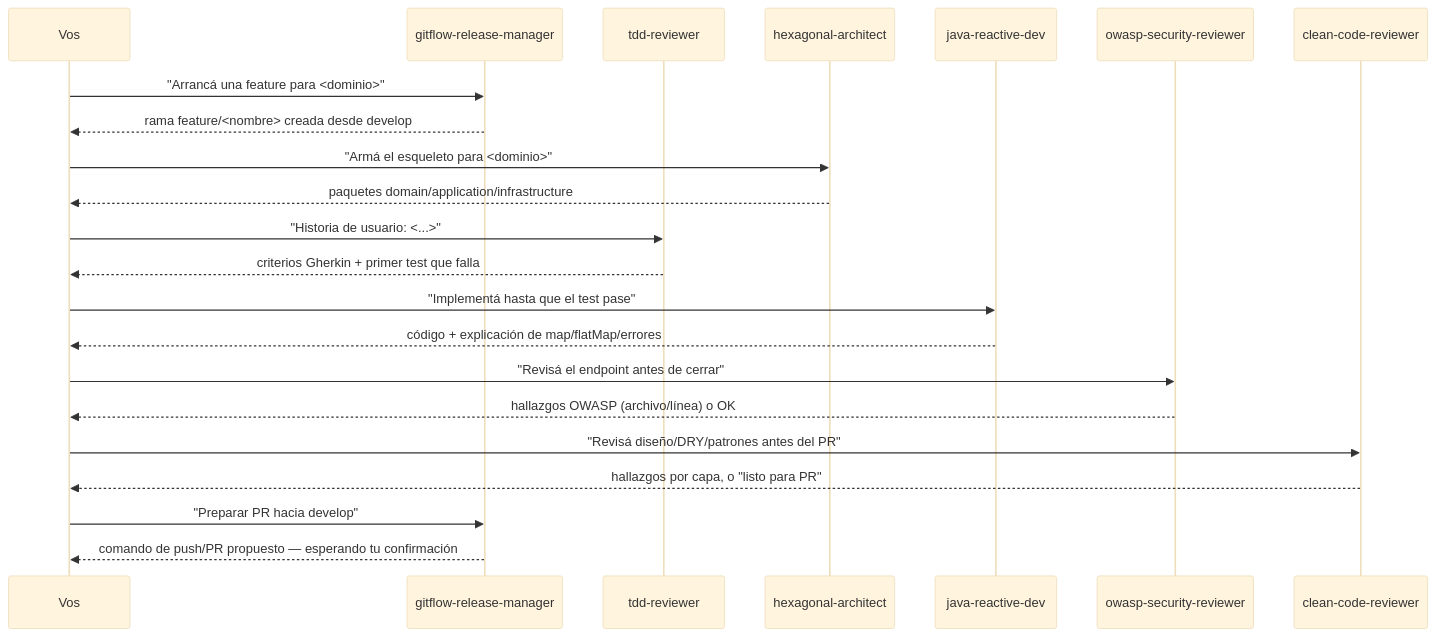
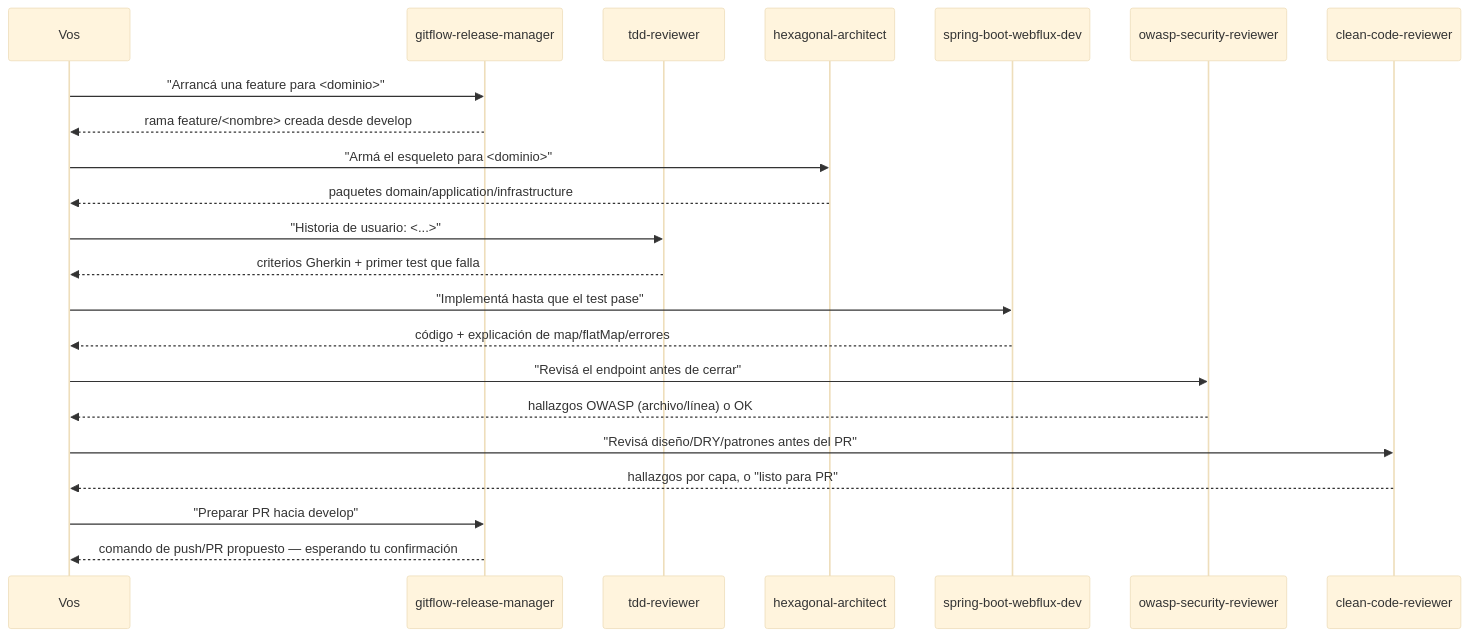
The diagram in ia-agentes/README.md (edzamo/software-engineering), drawn with Mermaid (base theme) before and after one commit. The commit also changed other lines of this file and 16 other files, not shown here.

First line of the commit message:
Add Spring Boot ecosystem overview and documentation for key components

````diff
--- a/ia-agentes/README.md
+++ b/ia-agentes/README.md
@@ -55,24 +56,24 @@
 ```mermaid
 sequenceDiagram
     participant Vos
     participant gitflow-release-manager
     participant tdd-reviewer
     participant hexagonal-architect
-    participant java-reactive-dev
+    participant spring-boot-webflux-dev
     participant owasp-security-reviewer
 
     Vos->>gitflow-release-manager: "Arrancá una feature para <dominio>"
     gitflow-release-manager-->>Vos: rama feature/<nombre> creada desde develop
     Vos->>hexagonal-architect: "Armá el esqueleto para <dominio>"
     hexagonal-architect-->>Vos: paquetes domain/application/infrastructure
     Vos->>tdd-reviewer: "Historia de usuario: <...>"
     tdd-reviewer-->>Vos: criterios Gherkin + primer test que falla
-    Vos->>java-reactive-dev: "Implementá hasta que el test pase"
-    java-reactive-dev-->>Vos: código + explicación de map/flatMap/errores
+    Vos->>spring-boot-webflux-dev: "Implementá hasta que el test pase"
+    spring-boot-webflux-dev-->>Vos: código + explicación de map/flatMap/errores
     Vos->>owasp-security-reviewer: "Revisá el endpoint antes de cerrar"
     owasp-security-reviewer-->>Vos: hallazgos OWASP (archivo/línea) o OK
     Vos->>clean-code-reviewer: "Revisá diseño/DRY/patrones antes del PR"
     clean-code-reviewer-->>Vos: hallazgos por capa, o "listo para PR"
     Vos->>gitflow-release-manager: "Preparar PR hacia develop"
     gitflow-release-manager-->>Vos: comando de push/PR propuesto — esperando tu confirmación
 ```
````
